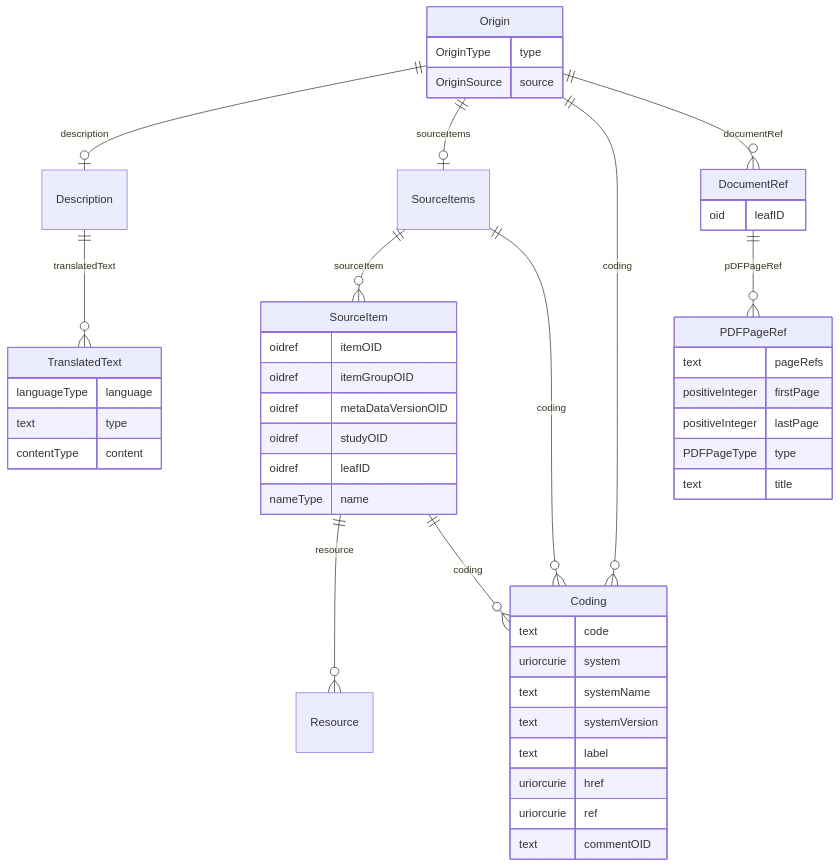
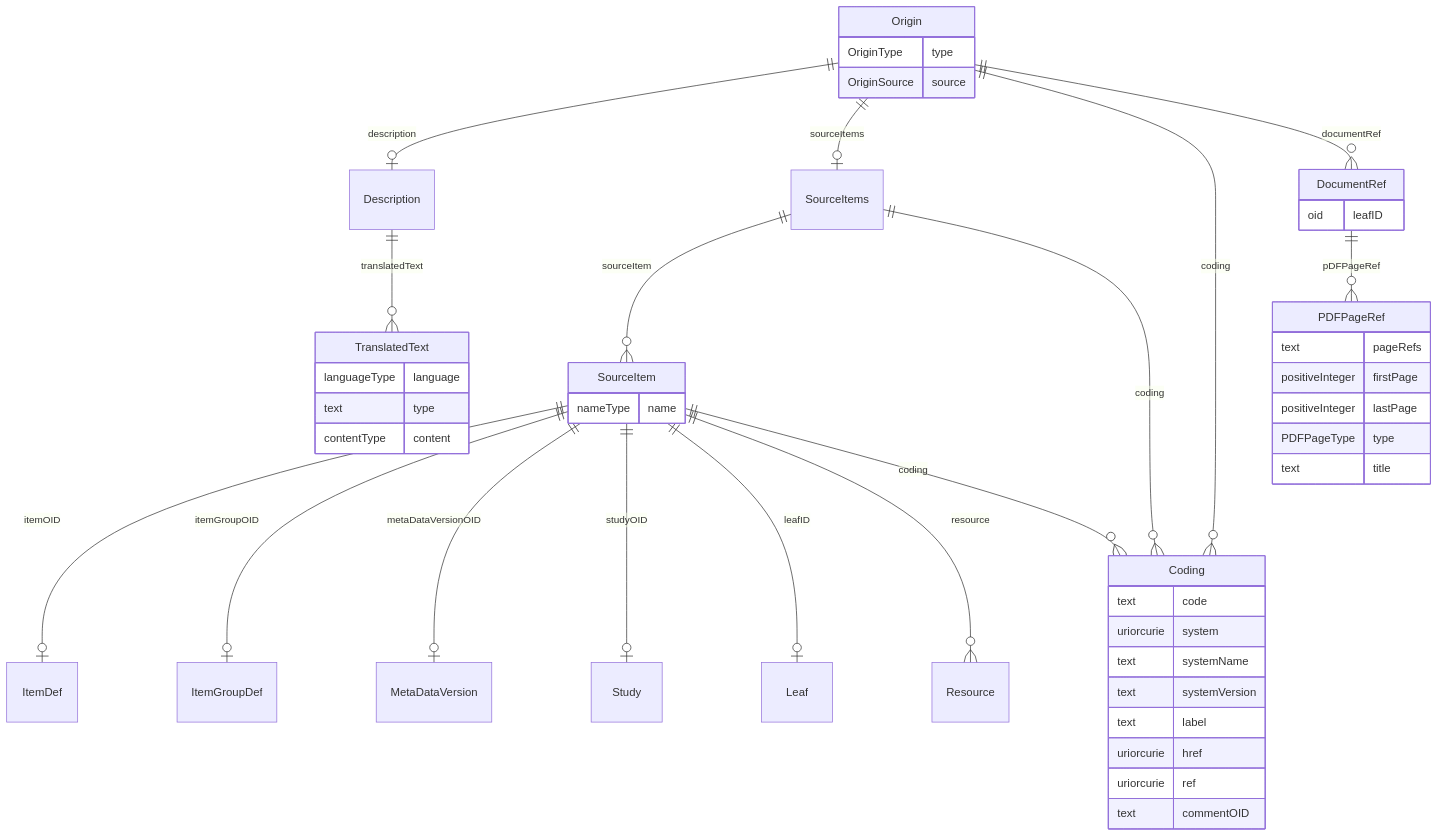
The diagram in docs/Origin.md (cdisc-org/DataExchange-ODM-LinkML), drawn with Mermaid before and after one commit. The commit also changed other lines of this file and 338 other files, not shown here.

````diff
--- a/docs/Origin.md
+++ b/docs/Origin.md
@@ -11,58 +11,58 @@
 ```mermaid
 erDiagram
 Origin {
     OriginType type  
     OriginSource source  
 }
 DocumentRef {
     oid leafID  
 }
 PDFPageRef {
     text pageRefs  
     positiveInteger firstPage  
     positiveInteger lastPage  
     PDFPageType type  
     text title  
 }
 Coding {
     text code  
     uriorcurie system  
     text systemName  
     text systemVersion  
     text label  
     uriorcurie href  
     uriorcurie ref  
     text commentOID  
 }
 SourceItems {
 
 }
 SourceItem {
-    oidref itemOID  
-    oidref itemGroupOID  
-    oidref metaDataVersionOID  
-    oidref studyOID  
-    oidref leafID  
     nameType name  
 }
 Description {
 
 }
 TranslatedText {
     languageType language  
     text type  
     contentType content  
 }
 
 Origin ||--|o Description : "description"
 Origin ||--|o SourceItems : "sourceItems"
 Origin ||--}o Coding : "coding"
 Origin ||--}o DocumentRef : "documentRef"
 DocumentRef ||--}o PDFPageRef : "pDFPageRef"
 SourceItems ||--}o SourceItem : "sourceItem"
 SourceItems ||--}o Coding : "coding"
+SourceItem ||--|o ItemDef : "itemOID"
+SourceItem ||--|o ItemGroupDef : "itemGroupOID"
+SourceItem ||--|o MetaDataVersion : "metaDataVersionOID"
+SourceItem ||--|o Study : "studyOID"
+SourceItem ||--|o Leaf : "leafID"
 SourceItem ||--}o Resource : "resource"
 SourceItem ||--}o Coding : "coding"
 Description ||--}o TranslatedText : "translatedText"
 
 ```
````
